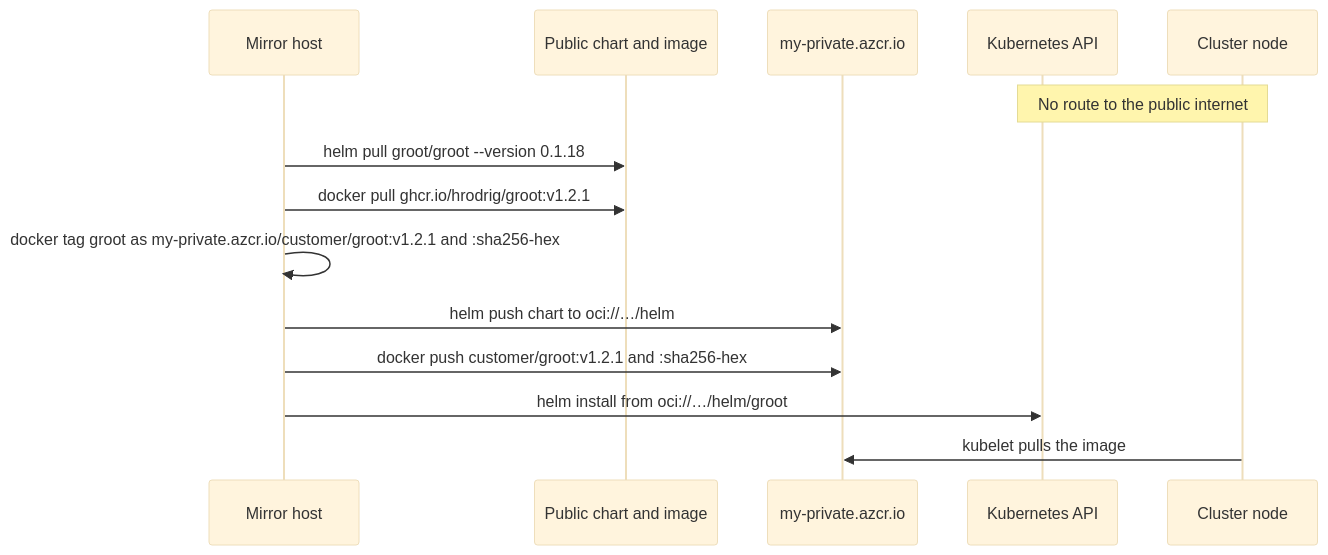
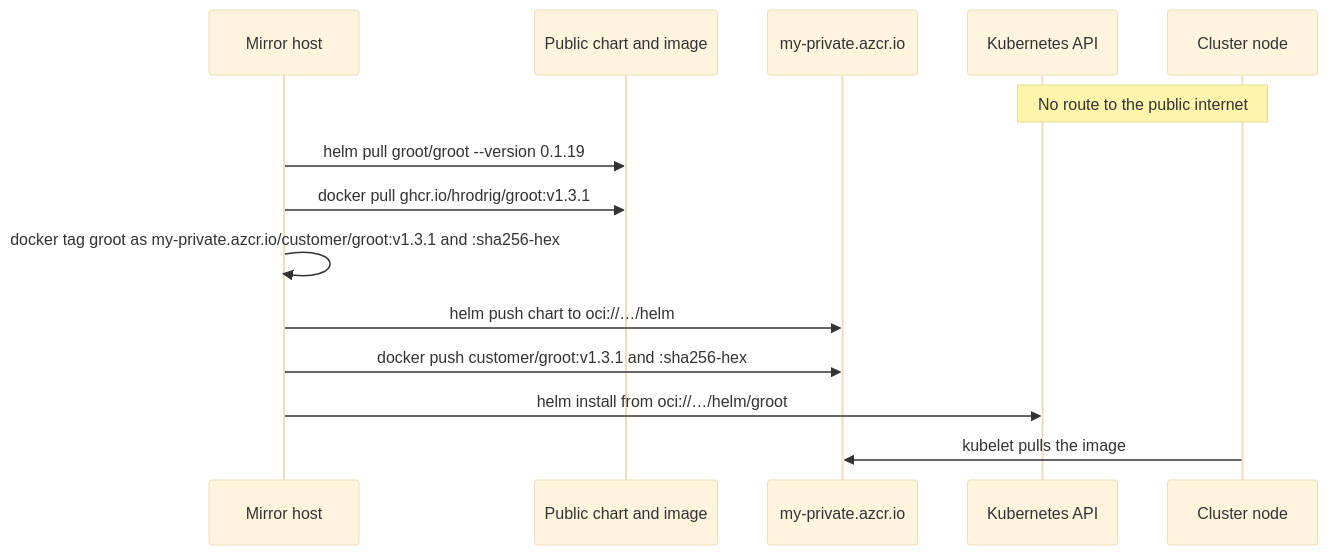
One commit to hrodrig/groot-selfhosted changed the diagram in run/deploy/private-registry.md. Above: the diagram before and after it, drawn with Mermaid (base theme). The commit also changed other lines of this file and 14 other files, not shown here.

````diff
--- a/run/deploy/private-registry.md
+++ b/run/deploy/private-registry.md
@@ -19,17 +19,17 @@
 ```mermaid
 sequenceDiagram
   participant Op as Mirror host
   participant Pub as Public chart and image
   participant Reg as my-private.azcr.io
   participant API as Kubernetes API
   participant Node as Cluster node
 
   Note over API,Node: No route to the public internet
-  Op->>Pub: helm pull groot/groot --version 0.1.18
-  Op->>Pub: docker pull ghcr.io/hrodrig/groot:v1.2.1
-  Op->>Op: docker tag groot as my-private.azcr.io/customer/groot:v1.2.1 and :sha256-hex
+  Op->>Pub: helm pull groot/groot --version 0.1.19
+  Op->>Pub: docker pull ghcr.io/hrodrig/groot:v1.3.1
+  Op->>Op: docker tag groot as my-private.azcr.io/customer/groot:v1.3.1 and :sha256-hex
   Op->>Reg: helm push chart to oci://…/helm
-  Op->>Reg: docker push customer/groot:v1.2.1 and :sha256-hex
+  Op->>Reg: docker push customer/groot:v1.3.1 and :sha256-hex
   Op->>API: helm install from oci://…/helm/groot
   Node->>Reg: kubelet pulls the image
 ```
````
